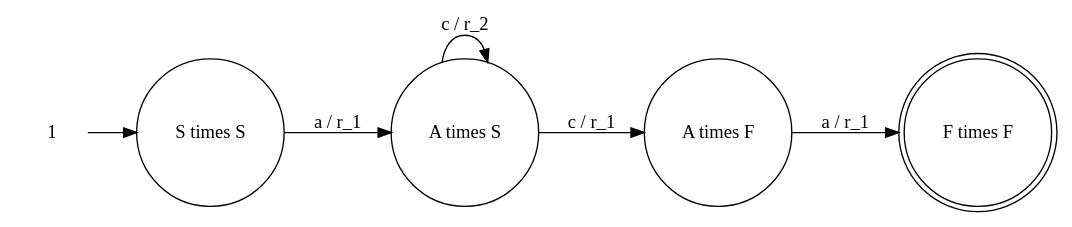
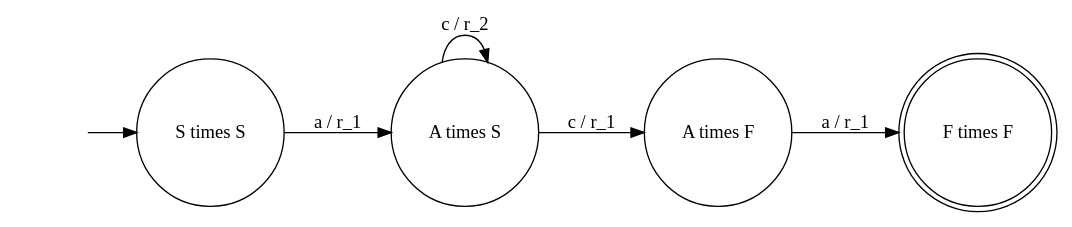
The diagram in aca_or_bc_times_something_c_something.dot (amandasystems/incremental-parikh-images), drawn with Graphviz before and after one commit. The commit also changed 18 other files, not shown here.

Commit message:
New graphs, figure placement, etc

```diff
--- a/aca_or_bc_times_something_c_something.dot
+++ b/aca_or_bc_times_something_c_something.dot
@@ -1,16 +1,16 @@
 digraph Automaton {rankdir = LR;
-initial [shape=plaintext,label="1"];
+initial [shape=plaintext,label=""];
 initial -> start;
 start [shape=circle,label="S \times S"];
 start -> sawAstart [label="a / r_1"]
 
 sawAstart [shape=circle,label="A \times S"];
 sawAstart -> sawAfinal [label="c / r_1"]
 
 sawAstart -> sawAstart [label="c / r_2"]
 
 sawAfinal [shape=circle,label="A \times F"];
 
 sawAfinal -> final [label="a / r_1"]
 final [shape=doublecircle,label="F \times F"];
 }
```
